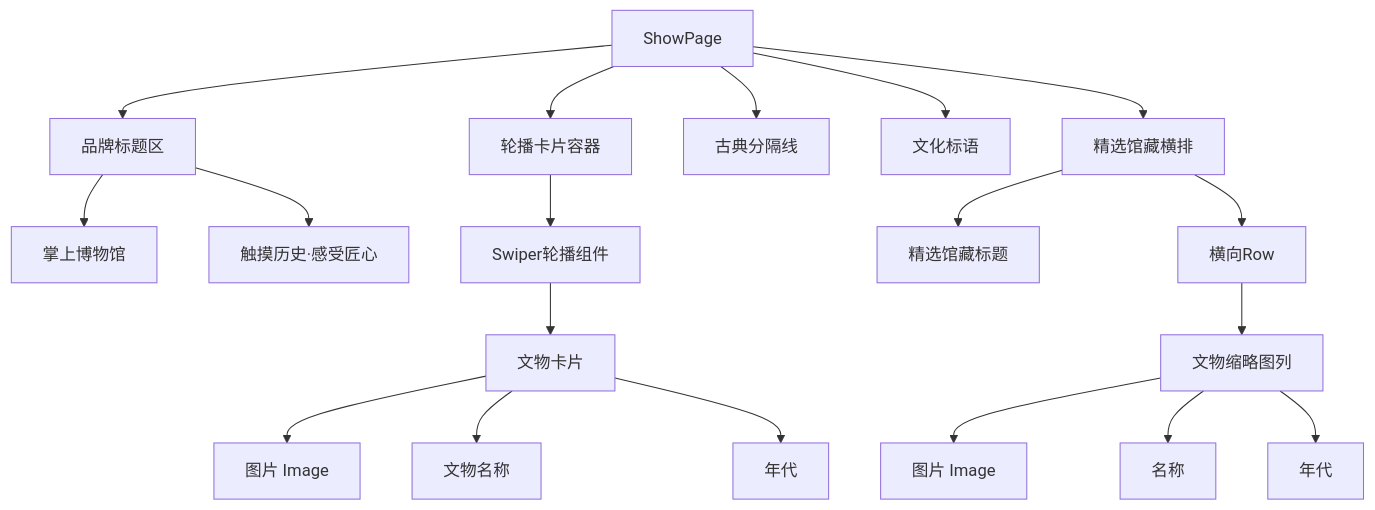
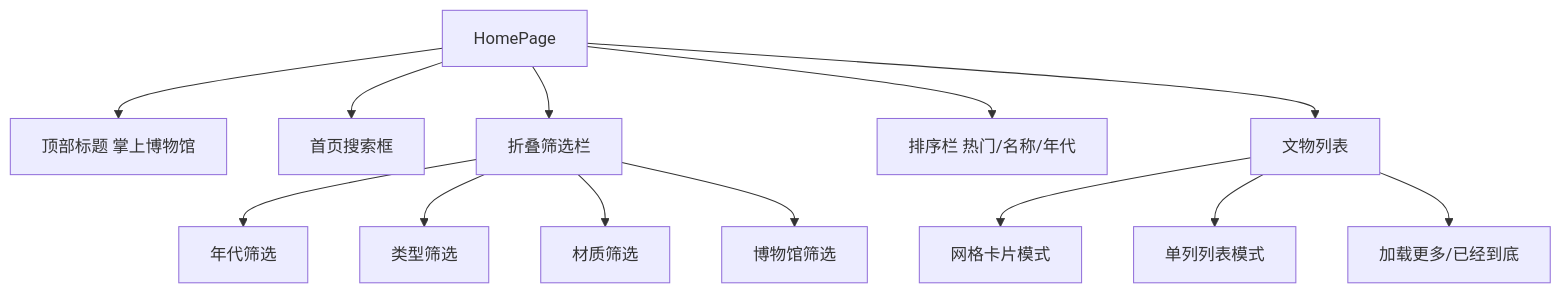
The third of 8 diagrams in Doc/设计文档.md (BUCT-CS2301/PalmMuseum), drawn with Mermaid before and after one commit. The commit also changed other lines of this file, not shown here.

````diff
--- a/Doc/设计文档.md
+++ b/Doc/设计文档.md
@@ -414,24 +407,15 @@
 ```mermaid
 flowchart TD
-    A[ShowPage] --> B[品牌标题区]
-    A --> C[轮播卡片容器]
-    A --> D[古典分隔线]
-    A --> E[文化标语]
-    A --> F[精选馆藏横排]
-
-    B --> B1[掌上博物馆]
-    B --> B2[触摸历史·感受匠心]
-
-    C --> C1[Swiper轮播组件]
-    C1 --> C2[文物卡片]
-    C2 --> C3[图片 Image]
-    C2 --> C4[文物名称]
-    C2 --> C5[年代]
-
-    F --> F1[精选馆藏标题]
-    F --> F2[横向Row]
-    F2 --> F3[文物缩略图列]
-    F3 --> F4[图片 Image]
-    F3 --> F5[名称]
-    F3 --> F6[年代]
+    A[HomePage] --> B[顶部标题 掌上博物馆]
+    A --> C[首页搜索框]
+    A --> D[折叠筛选栏]
+    D --> D1[年代筛选]
+    D --> D2[类型筛选]
+    D --> D3[材质筛选]
+    D --> D4[博物馆筛选]
+    A --> E[排序栏 热门/名称/年代]
+    A --> F[文物列表]
+    F --> F1[网格卡片模式]
+    F --> F2[单列列表模式]
+    F --> G[加载更多/已经到底]
 ```
````
